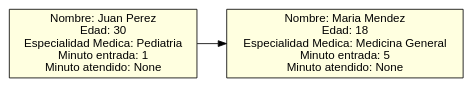
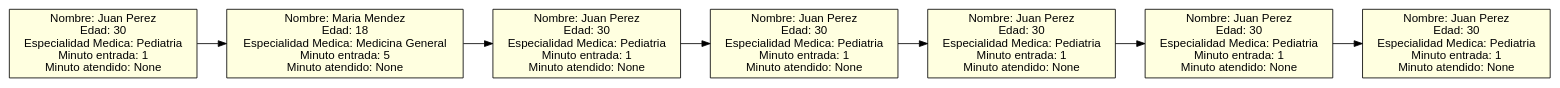
The diagram in 1_Grafica.dot (Javier-201906795/IPC2_Practica2_201906795), drawn with Graphviz before and after one commit. The commit also changed 3 other files, not shown here.

```diff
--- a/1_Grafica.dot
+++ b/1_Grafica.dot
@@ -1,15 +1,40 @@
 digraph ColaPacientes {
 graph [rankdir=LR];
 node [shape=box, style=filled, fillcolor=lightyellow, fontname="Helvetica"];
 paciente1 [label="Nombre: Juan Perez
 Edad: 30
 Especialidad Medica: Pediatria
 Minuto entrada: 1
 Minuto atendido: None"];
 paciente2 [label="Nombre: Maria Mendez
 Edad: 18
 Especialidad Medica: Medicina General
 Minuto entrada: 5
 Minuto atendido: None"];
+paciente3 [label="Nombre: Juan Perez
+Edad: 30
+Especialidad Medica: Pediatria
+Minuto entrada: 1
+Minuto atendido: None"];
+paciente4 [label="Nombre: Juan Perez
+Edad: 30
+Especialidad Medica: Pediatria
+Minuto entrada: 1
+Minuto atendido: None"];
+paciente5 [label="Nombre: Juan Perez
+Edad: 30
+Especialidad Medica: Pediatria
+Minuto entrada: 1
+Minuto atendido: None"];
+paciente6 [label="Nombre: Juan Perez
+Edad: 30
+Especialidad Medica: Pediatria
+Minuto entrada: 1
+Minuto atendido: None"];
+paciente7 [label="Nombre: Juan Perez
+Edad: 30
+Especialidad Medica: Pediatria
+Minuto entrada: 1
+Minuto atendido: None"];
 
-paciente1 -> paciente2;}
+paciente1 -> paciente2 -> paciente3 -> paciente4 -> paciente5 -> paciente6 -> paciente7;}
```
